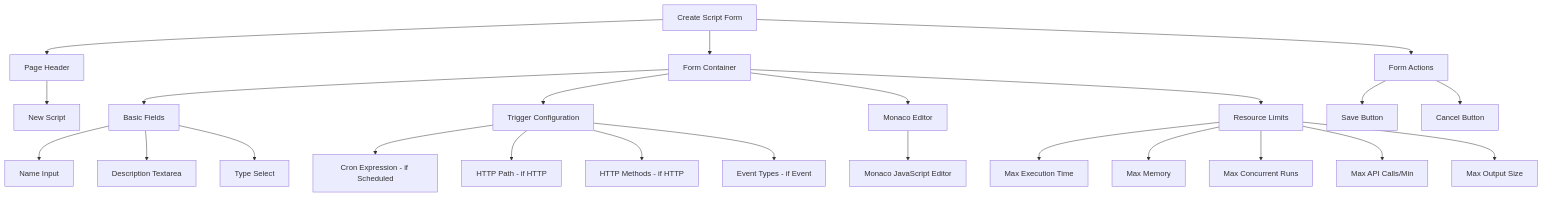
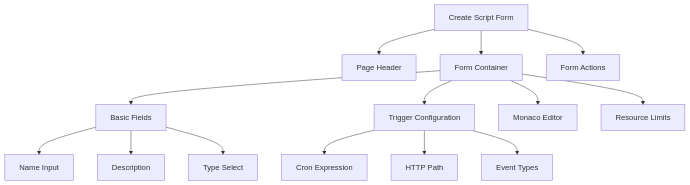
Before and after one commit to iota-uz/iota-sdk: the third of 4 diagrams in docs/specs/jsruntime/ux.md, drawn with Mermaid. The commit also changed other lines of this file and 13 other files, not shown here.

First line of the commit message:
docs: enhance spec files with Jekyll frontmatter and dark-theme-compatible Mermaid diagrams

````diff
--- a/docs/specs/jsruntime/ux.md
+++ b/docs/specs/jsruntime/ux.md
@@ -148,32 +111,19 @@
 ```mermaid
 graph TB
     Page[Create Script Form] --> Header[Page Header]
     Page --> Form[Form Container]
     Page --> Actions[Form Actions]
 
-    Header --> Title[New Script]
     Form --> BasicFields[Basic Fields]
     Form --> TriggerConfig[Trigger Configuration]
     Form --> Editor[Monaco Editor]
     Form --> ResourceLimits[Resource Limits]
 
     BasicFields --> NameInput[Name Input]
-    BasicFields --> DescInput[Description Textarea]
+    BasicFields --> DescInput[Description]
     BasicFields --> TypeSelect[Type Select]
 
-    TriggerConfig --> CronInput[Cron Expression - if Scheduled]
-    TriggerConfig --> HTTPPath[HTTP Path - if HTTP]
-    TriggerConfig --> HTTPMethods[HTTP Methods - if HTTP]
-    TriggerConfig --> EventTypes[Event Types - if Event]
-
-    Editor --> MonacoEditor[Monaco JavaScript Editor]
-
-    ResourceLimits --> TimeoutInput[Max Execution Time]
-    ResourceLimits --> MemoryInput[Max Memory]
-    ResourceLimits --> ConcurrencyInput[Max Concurrent Runs]
-    ResourceLimits --> APICallsInput[Max API Calls/Min]
-    ResourceLimits --> OutputSizeInput[Max Output Size]
-
-    Actions --> SaveButton[Save Button]
-    Actions --> CancelButton[Cancel Button]
+    TriggerConfig --> CronInput[Cron Expression]
+    TriggerConfig --> HTTPPath[HTTP Path]
+    TriggerConfig --> EventTypes[Event Types]
 ```
````
